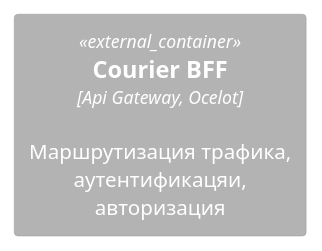
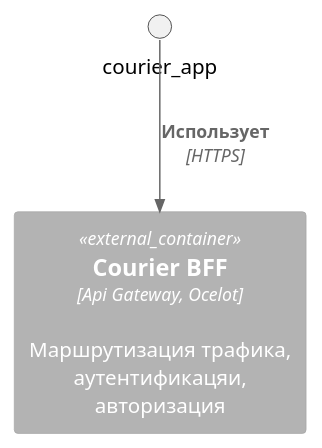
The diagram in containers/gateways/courier/gateway.puml (gerzhan/knigaexpert-system-design), drawn with PlantUML before and after one commit. The commit also changed 1 other file, not shown here.

```diff
--- a/containers/gateways/courier/gateway.puml
+++ b/containers/gateways/courier/gateway.puml
@@ -1,4 +1,5 @@
 @startuml
 !include https://raw.githubusercontent.com/plantuml-stdlib/C4-PlantUML/master/C4_Container.puml
 Container_Ext(courier_bff, "Courier BFF", "Api Gateway, Ocelot", "Маршрутизация трафика, аутентификацяи, авторизация")
+Rel(courier_app, courier_bff, "Использует", "HTTPS")
 @enduml
```
